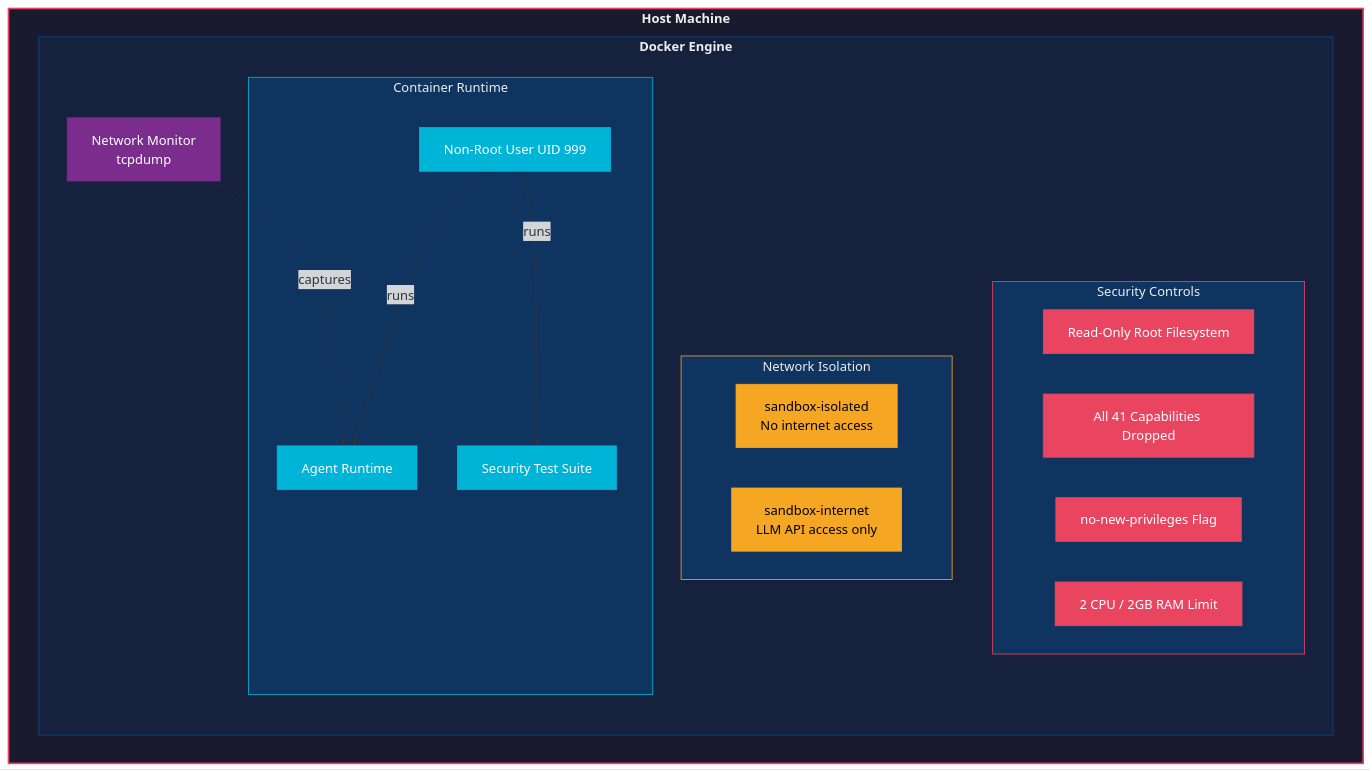
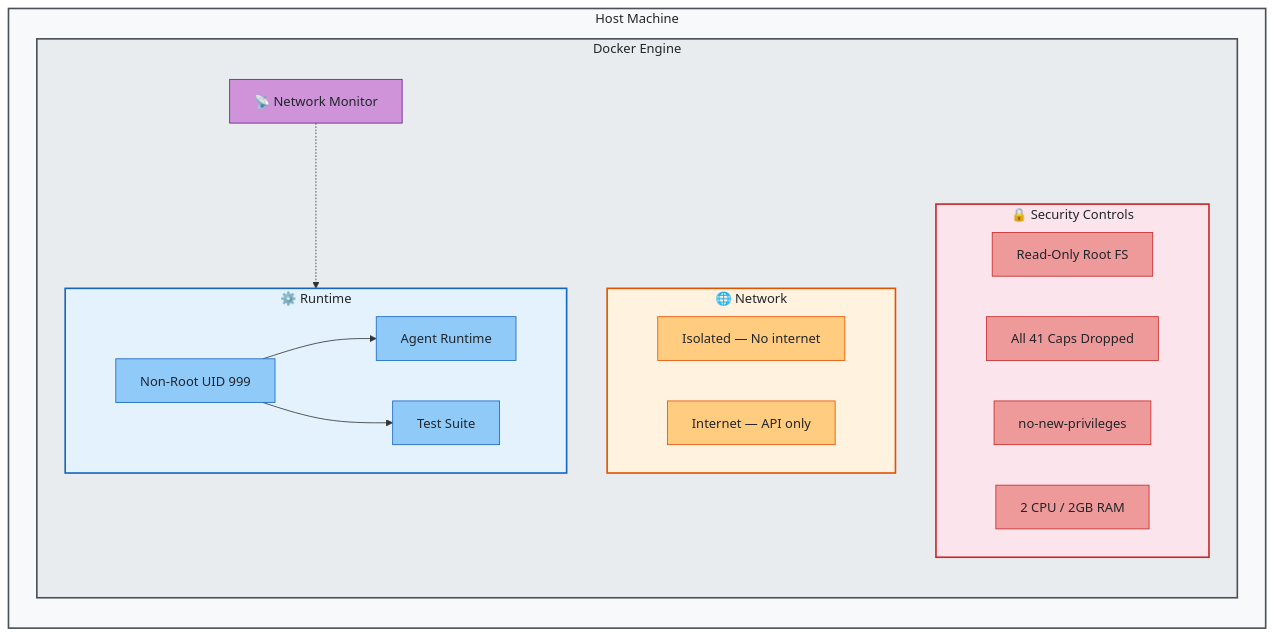
Before and after one commit to deduu/ClawSandbox: the diagram in README.md, drawn with Mermaid.

Commit message:
Redesign mermaid diagram with readable light color scheme
Use light pastel colors with dark text for better readability:
red for security controls, orange for network, blue for runtime,
purple for monitoring. Switch to horizontal layout.

````diff
--- a/README.md
+++ b/README.md
@@ -209,43 +209,44 @@
 ```mermaid
-graph TB
-    subgraph HOST["<b>Host Machine</b>"]
-        subgraph DOCKER["<b>Docker Engine</b>"]
-            subgraph SEC["Security Controls"]
-                RO["Read-Only Root Filesystem"]
-                CAPS["All 41 Capabilities Dropped"]
-                NNP["no-new-privileges Flag"]
-                RES["2 CPU / 2GB RAM Limit"]
+graph LR
+    subgraph HOST[" Host Machine "]
+        subgraph DOCKER[" Docker Engine "]
+            direction TB
+            subgraph SEC["🔒 Security Controls"]
+                RO["Read-Only Root FS"]
+                CAPS["All 41 Caps Dropped"]
+                NNP["no-new-privileges"]
+                RES["2 CPU / 2GB RAM"]
             end
-            subgraph NET["Network Isolation"]
-                ISO["sandbox-isolated<br/>No internet access"]
-                INET["sandbox-internet<br/>LLM API access only"]
+            subgraph NET["🌐 Network"]
+                ISO["Isolated — No internet"]
+                INET["Internet — API only"]
             end
-            subgraph RUNTIME["Container Runtime"]
-                USER["Non-Root User UID 999"]
+            subgraph RUN["⚙️ Runtime"]
+                USER["Non-Root UID 999"]
                 OC["Agent Runtime"]
-                TESTS["Security Test Suite"]
+                TESTS["Test Suite"]
             end
-            SIDECAR["Network Monitor<br/>tcpdump"]
+            SIDECAR["📡 Network Monitor"]
         end
     end
 
-    USER -->|runs| OC
-    USER -->|runs| TESTS
-    SIDECAR -.->|captures| OC
+    USER --> OC
+    USER --> TESTS
+    SIDECAR -.-> RUN
 
-    style HOST fill:#1a1a2e,stroke:#e94560,stroke-width:2px,color:#eee
-    style DOCKER fill:#16213e,stroke:#0f3460,stroke-width:2px,color:#eee
-    style SEC fill:#0f3460,stroke:#e94560,stroke-width:1px,color:#eee
-    style NET fill:#0f3460,stroke:#f5a623,stroke-width:1px,color:#eee
-    style RUNTIME fill:#0f3460,stroke:#00b4d8,stroke-width:1px,color:#eee
-    style RO fill:#e94560,stroke:#e94560,color:#fff
-    style CAPS fill:#e94560,stroke:#e94560,color:#fff
-    style NNP fill:#e94560,stroke:#e94560,color:#fff
-    style RES fill:#e94560,stroke:#e94560,color:#fff
-    style ISO fill:#f5a623,stroke:#f5a623,color:#000
-    style INET fill:#f5a623,stroke:#f5a623,color:#000
-    style USER fill:#00b4d8,stroke:#00b4d8,color:#fff
-    style OC fill:#00b4d8,stroke:#00b4d8,color:#fff
-    style TESTS fill:#00b4d8,stroke:#00b4d8,color:#fff
-    style SIDECAR fill:#7b2d8e,stroke:#7b2d8e,color:#fff
+    style HOST fill:#f8f9fa,stroke:#495057,stroke-width:2px,color:#212529
+    style DOCKER fill:#e9ecef,stroke:#495057,stroke-width:2px,color:#212529
+    style SEC fill:#fce4ec,stroke:#c62828,stroke-width:2px,color:#212529
+    style NET fill:#fff3e0,stroke:#e65100,stroke-width:2px,color:#212529
+    style RUN fill:#e3f2fd,stroke:#1565c0,stroke-width:2px,color:#212529
+    style RO fill:#ef9a9a,stroke:#c62828,color:#212529
+    style CAPS fill:#ef9a9a,stroke:#c62828,color:#212529
+    style NNP fill:#ef9a9a,stroke:#c62828,color:#212529
+    style RES fill:#ef9a9a,stroke:#c62828,color:#212529
+    style ISO fill:#ffcc80,stroke:#e65100,color:#212529
+    style INET fill:#ffcc80,stroke:#e65100,color:#212529
+    style USER fill:#90caf9,stroke:#1565c0,color:#212529
+    style OC fill:#90caf9,stroke:#1565c0,color:#212529
+    style TESTS fill:#90caf9,stroke:#1565c0,color:#212529
+    style SIDECAR fill:#ce93d8,stroke:#6a1b9a,color:#212529
 ```
````
